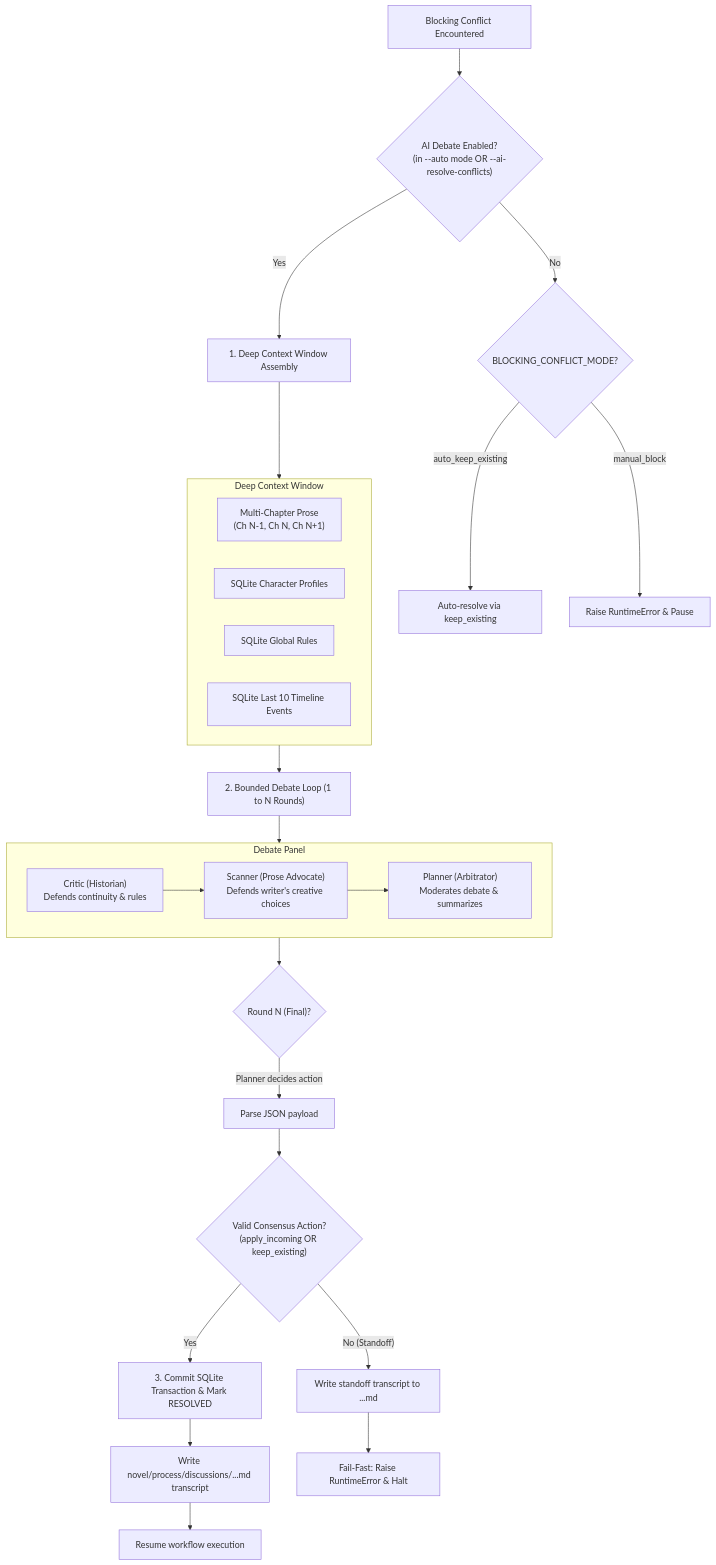
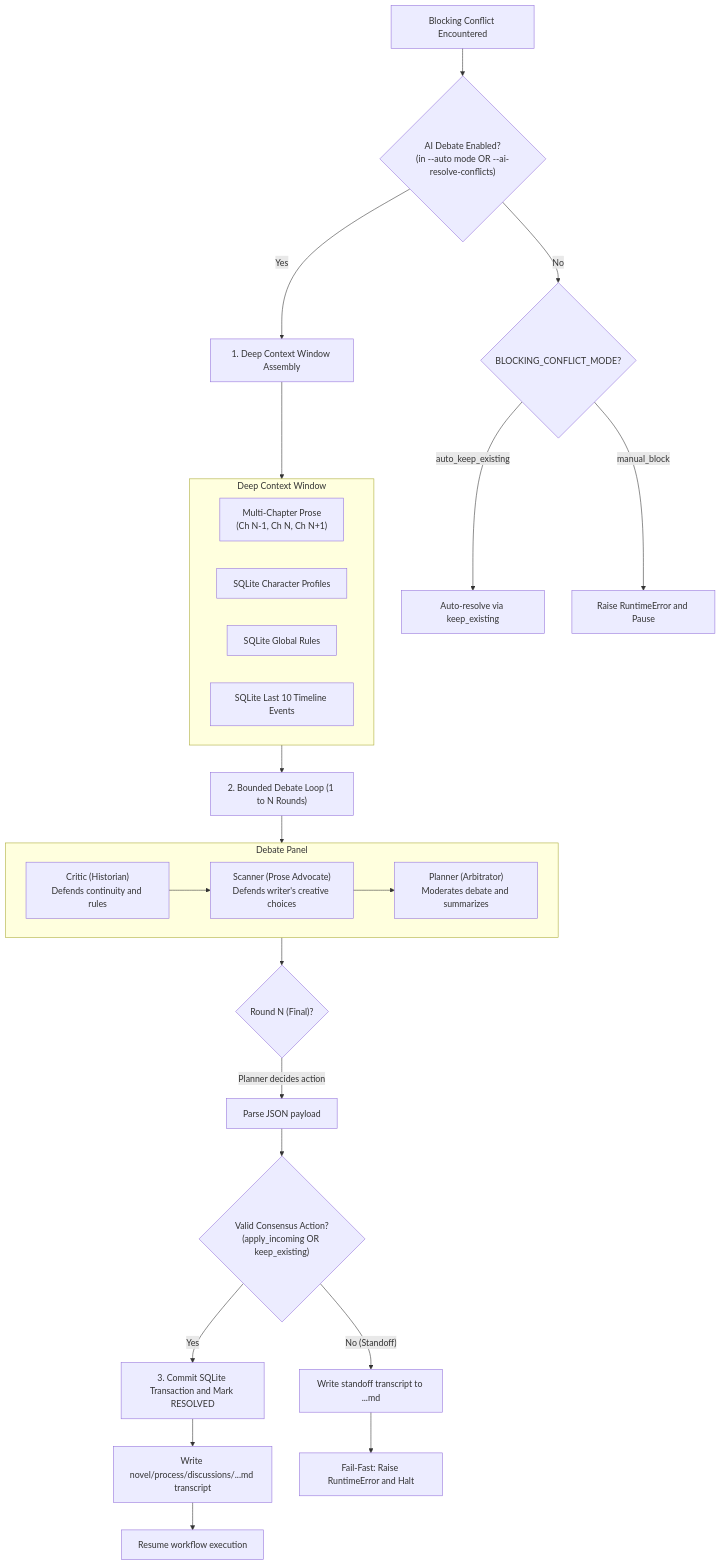
The fifth of 5 diagrams in docs/Flowchart/Conflict_Management.md (AI-Team-Team/AI-Novel), drawn with Mermaid before and after one commit. The commit also changed 14 other files, not shown here.

````diff
--- a/docs/Flowchart/Conflict_Management.md
+++ b/docs/Flowchart/Conflict_Management.md
@@ -133,41 +133,41 @@
 ```mermaid
 flowchart TD
     Start["Blocking Conflict Encountered"] --> CheckMode{"AI Debate Enabled?\n(in --auto mode OR --ai-resolve-conflicts)"}
     
     CheckMode -- "No" --> StandardGate{"BLOCKING_CONFLICT_MODE?"}
     StandardGate -- "auto_keep_existing" --> AutoKeep["Auto-resolve via keep_existing"]
-    StandardGate -- "manual_block" --> FailImmediate["Raise RuntimeError & Pause"]
+    StandardGate -- "manual_block" --> FailImmediate["Raise RuntimeError and Pause"]
     
     CheckMode -- "Yes" --> ContextAssembly["1. Deep Context Window Assembly"]
     
     subgraph Context ["Deep Context Window"]
         C1["Multi-Chapter Prose\n(Ch N-1, Ch N, Ch N+1)"]
         C2["SQLite Character Profiles"]
         C3["SQLite Global Rules"]
         C4["SQLite Last 10 Timeline Events"]
     end
     
     ContextAssembly --> Context
     Context --> DebateLoop["2. Bounded Debate Loop (1 to N Rounds)"]
     
     subgraph Panel ["Debate Panel"]
-        Critic["Critic (Historian)\nDefends continuity & rules"]
+        Critic["Critic (Historian)\nDefends continuity and rules"]
         Scanner["Scanner (Prose Advocate)\nDefends writer's creative choices"]
-        Planner["Planner (Arbitrator)\nModerates debate & summarizes"]
+        Planner["Planner (Arbitrator)\nModerates debate and summarizes"]
         
         Critic --> Scanner --> Planner
     end
     
     DebateLoop --> Panel
     Panel --> FinalRound{"Round N (Final)?"}
     
     FinalRound -- "Planner decides action" --> ExtractJSON["Parse JSON payload"]
     ExtractJSON --> ValidateConsensus{"Valid Consensus Action?\n(apply_incoming OR keep_existing)"}
     
-    ValidateConsensus -- "Yes" --> CommitDB["3. Commit SQLite Transaction & Mark RESOLVED"]
+    ValidateConsensus -- "Yes" --> CommitDB["3. Commit SQLite Transaction and Mark RESOLVED"]
     CommitDB --> LogMD["Write novel/process/discussions/...md transcript"]
     LogMD --> Resume["Resume workflow execution"]
     
     ValidateConsensus -- "No (Standoff)" --> LogStandoff["Write standoff transcript to ...md"]
-    LogStandoff --> FailFast["Fail-Fast: Raise RuntimeError & Halt"]
+    LogStandoff --> FailFast["Fail-Fast: Raise RuntimeError and Halt"]
 ```
````
